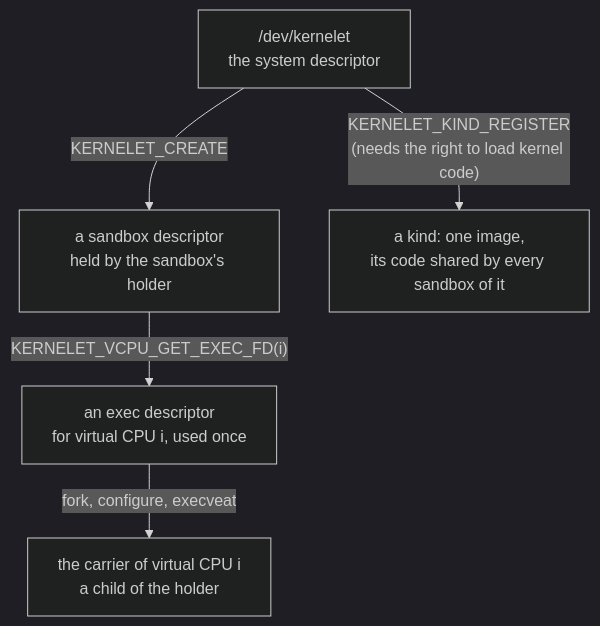
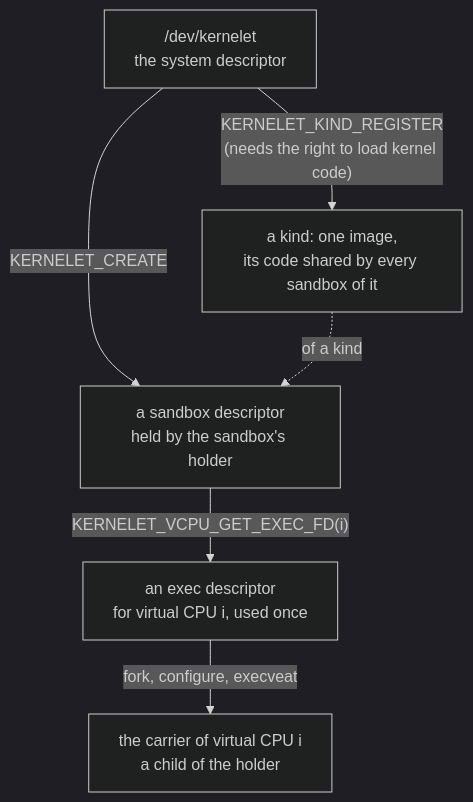
One commit to Plucky923/kernelet changed the second of 3 diagrams in src/the-kernelet-uapi.md. Above: the diagram before and after it, drawn with Mermaid (dark theme). The commit also changed other lines of this file and 5 other files, not shown here.

````diff
--- a/src/the-kernelet-uapi.md
+++ b/src/the-kernelet-uapi.md
@@ -153,7 +164,8 @@
 ```mermaid
 flowchart TB
     dev["/dev/kernelet<br/>the system descriptor"] -- "KERNELET_CREATE" --> sb["a sandbox descriptor<br/>held by the sandbox's holder"]
     dev -- "KERNELET_KIND_REGISTER<br/>(needs the right to load kernel code)" --> kind["a kind: one image,<br/>its code shared by every sandbox of it"]
+    kind -. "of a kind" .-> sb
     sb -- "KERNELET_VCPU_GET_EXEC_FD(i)" --> ex["an exec descriptor<br/>for virtual CPU i, used once"]
     ex -- "fork, configure, execveat" --> car["the carrier of virtual CPU i<br/>a child of the holder"]
 ```
````
